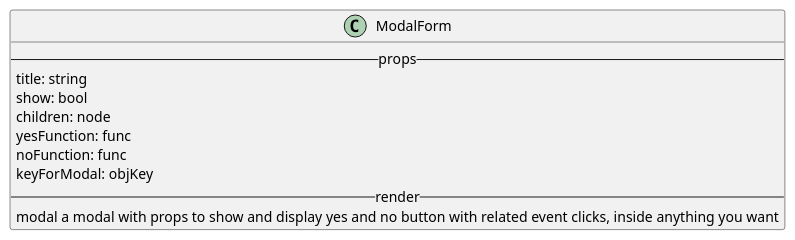
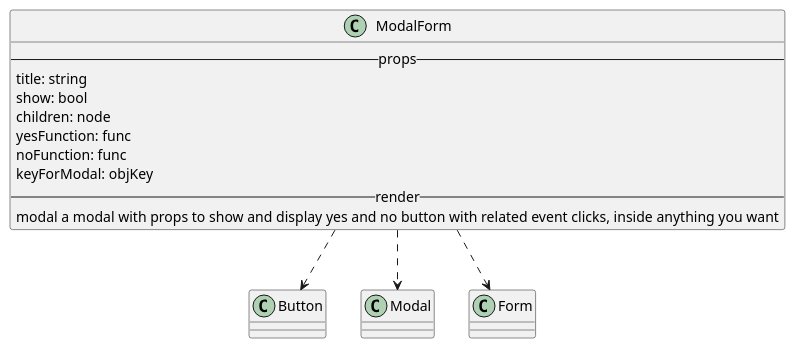
Before and after one commit to M9k/Marvin-Uml: the diagram in react/custom/modalForm.iuml, drawn with PlantUML. The commit also changed 15 other files, not shown here.

```diff
--- a/react/custom/modalForm.iuml
+++ b/react/custom/modalForm.iuml
@@ -1,12 +1,15 @@
 
 class ModalForm{
     --props--
        title: string
        show: bool
 	   children: node
 	   yesFunction: func
 	   noFunction: func
 	   keyForModal: objKey
     --render--
     modal a modal with props to show and display yes and no button with related event clicks, inside anything you want
 }
+ModalForm ..> Button
+ModalForm ..> Modal
+ModalForm ..> Form
```
